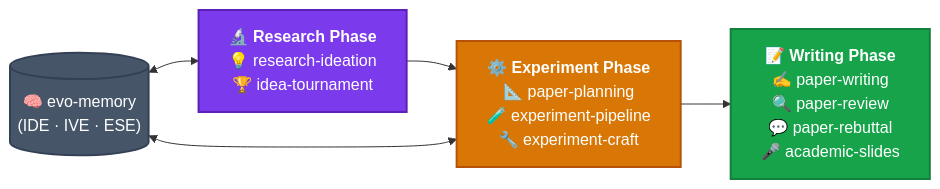
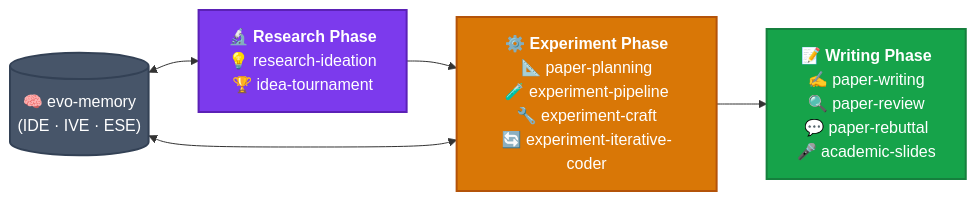
The diagram in README.md (EvoScientist/EvoSkills), drawn with Mermaid before and after one commit. The commit also changed other lines of this file, not shown here.

Commit message:
docs: update README to include Iterative Coder in the EvoScientist pipeline and roadmap

````diff
--- a/README.md
+++ b/README.md
@@ -77,14 +77,14 @@
 ```mermaid
 flowchart LR
     A["<b>🔬 Research Phase</b><br/>💡 research-ideation<br/>🏆 idea-tournament"]
-    --> B["<b>⚙️ Experiment Phase</b><br/>📐 paper-planning<br/>🧪 experiment-pipeline<br/>🔧 experiment-craft"]
+    --> B["<b>⚙️ Experiment Phase</b><br/>📐 paper-planning<br/>🧪 experiment-pipeline<br/>🔧 experiment-craft<br/>🔄 experiment-iterative-coder"]
     --> C["<b>📝 Writing Phase</b><br/>✍️ paper-writing<br/>🔍 paper-review<br/>💬 paper-rebuttal<br/>🎤 academic-slides"]
 
     D[("🧠 evo-memory<br/>(IDE · IVE · ESE)")] <--> A
     D <--> B
 
     style A fill:#7C3AED,stroke:#5B21B6,stroke-width:2px,color:#fff
     style B fill:#D97706,stroke:#B45309,stroke-width:2px,color:#fff
     style C fill:#16A34A,stroke:#15803D,stroke-width:2px,color:#fff
     style D fill:#475569,stroke:#334155,stroke-width:2px,color:#fff
 ```
````
